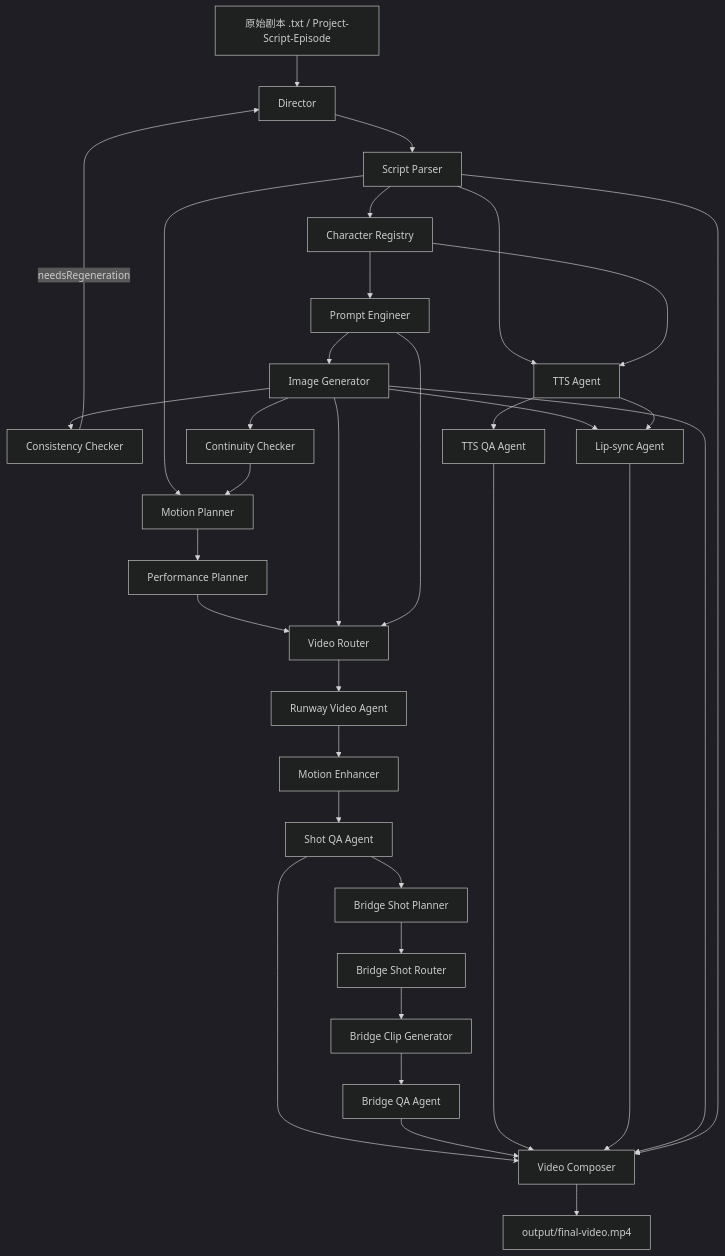
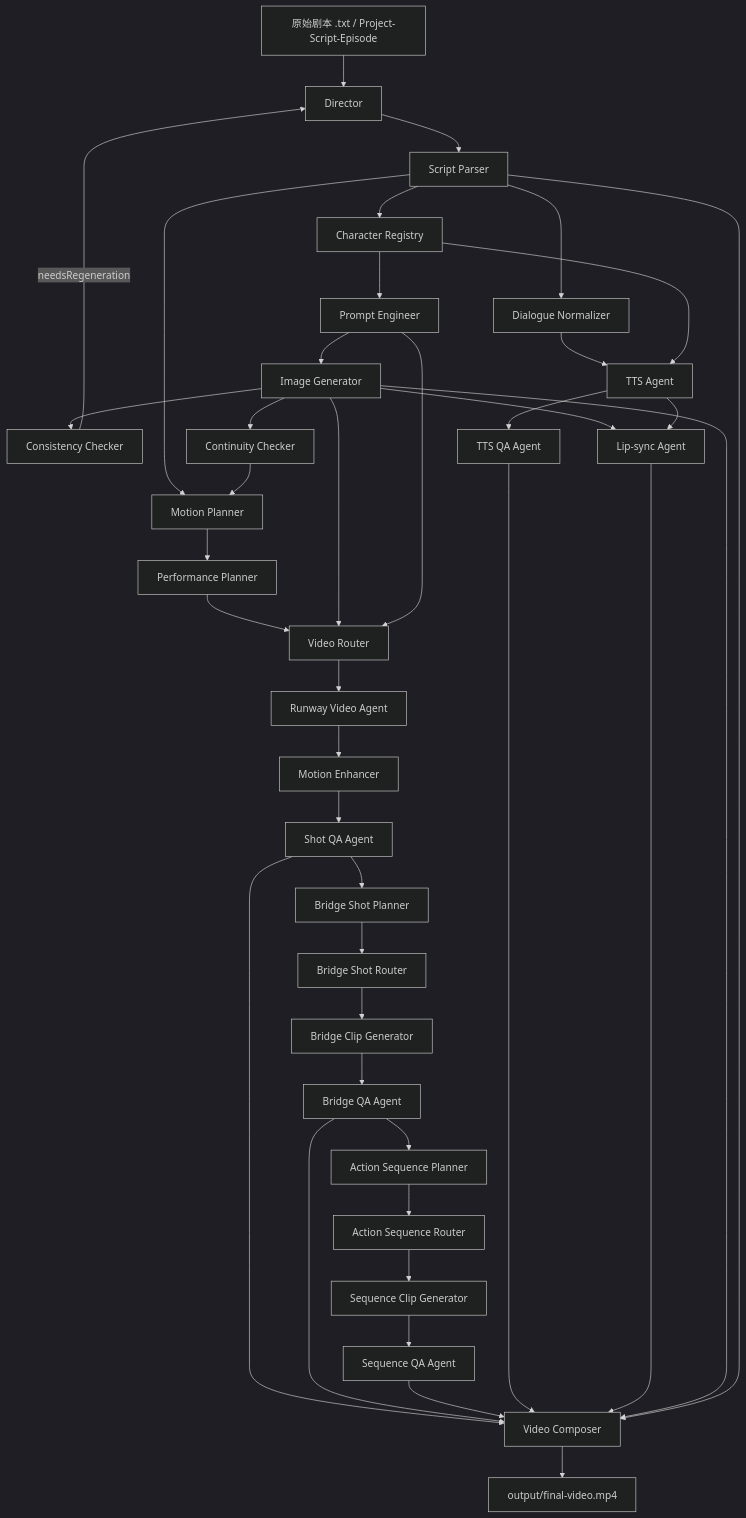
Before and after one commit to OliverPanda/AI-video-factory-pro: the first of 3 diagrams in docs/agents/agent-io-map.md, drawn with Mermaid (dark theme). The commit also changed other lines of this file and 30 other files, not shown here.

````diff
--- a/docs/agents/agent-io-map.md
+++ b/docs/agents/agent-io-map.md
@@ -10,36 +10,42 @@
 ```mermaid
 flowchart TD
     A[原始剧本 .txt / Project-Script-Episode] --> B[Director]
     B --> C[Script Parser]
     C --> D[Character Registry]
     D --> E[Prompt Engineer]
     E --> F[Image Generator]
     F --> G[Consistency Checker]
     G -->|needsRegeneration| B
     F --> H[Continuity Checker]
     C --> I[Motion Planner]
     H --> I
     I --> J[Performance Planner]
     J --> K[Video Router]
     F --> K
     E --> K
     K --> L[Runway Video Agent]
     L --> M[Motion Enhancer]
     M --> N[Shot QA Agent]
     N --> BS[Bridge Shot Planner]
     BS --> BR[Bridge Shot Router]
     BR --> BG[Bridge Clip Generator]
     BG --> BQ[Bridge QA Agent]
-    C --> O[TTS Agent]
+    BQ --> ASP[Action Sequence Planner]
+    ASP --> ASR[Action Sequence Router]
+    ASR --> ASG[Sequence Clip Generator]
+    ASG --> ASQ[Sequence QA Agent]
+    C --> DN[Dialogue Normalizer]
+    DN --> O[TTS Agent]
     D --> O
     O --> P[TTS QA Agent]
     F --> Q[Lip-sync Agent]
     O --> Q
     N --> R[Video Composer]
     BQ --> R
+    ASQ --> R
     P --> R
     Q --> R
     F --> R
     C --> R
     R --> S[output/final-video.mp4]
 ```
````
